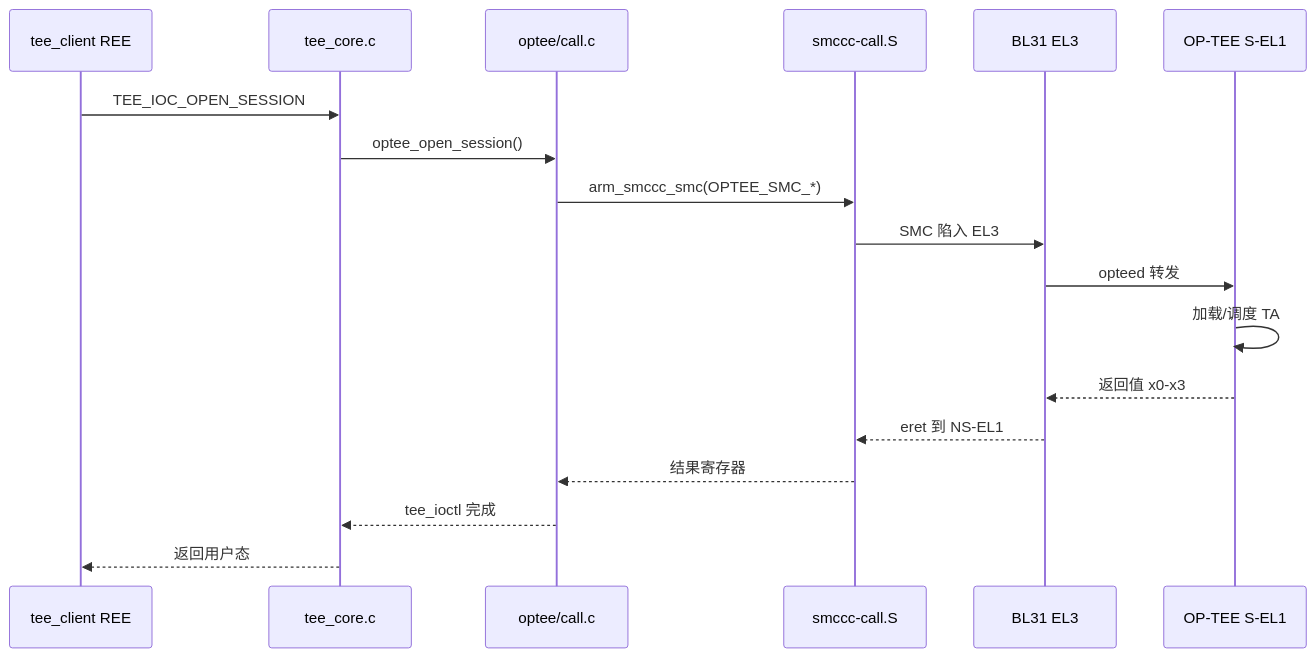
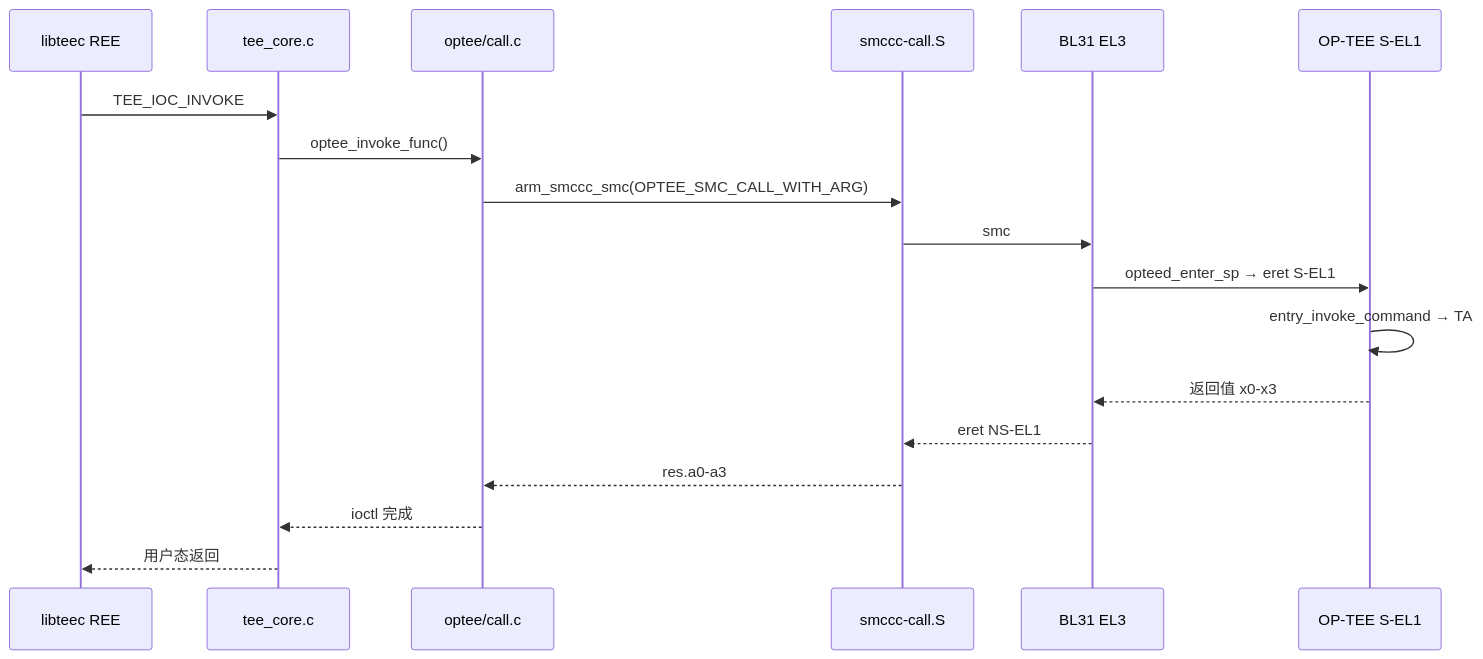
Before and after one commit to yanggan2015/knowledge-json-v2: the third of 3 diagrams in articles/csdn-merged/嵌入式系统-ATF-TEE-REE与ARM异常级别EL安全体系完整篇.md, drawn with Mermaid. The commit also changed other lines of this file and 3 other files, not shown here.

````diff
--- a/articles/csdn-merged/嵌入式系统-ATF-TEE-REE与ARM异常级别EL安全体系完整篇.md
+++ b/articles/csdn-merged/嵌入式系统-ATF-TEE-REE与ARM异常级别EL安全体系完整篇.md
@@ -114,21 +119,21 @@
 ```mermaid
 sequenceDiagram
-    participant CA as tee_client REE
+    participant CA as libteec REE
     participant TC as tee_core.c
     participant OD as optee/call.c
     participant ASM as smccc-call.S
     participant B31 as BL31 EL3
     participant OP as OP-TEE S-EL1
 
-    CA->>TC: TEE_IOC_OPEN_SESSION
-    TC->>OD: optee_open_session()
-    OD->>ASM: arm_smccc_smc(OPTEE_SMC_*)
-    ASM->>B31: SMC 陷入 EL3
-    B31->>OP: opteed 转发
-    OP->>OP: 加载/调度 TA
+    CA->>TC: TEE_IOC_INVOKE
+    TC->>OD: optee_invoke_func()
+    OD->>ASM: arm_smccc_smc(OPTEE_SMC_CALL_WITH_ARG)
+    ASM->>B31: smc #0 陷入 EL3
+    B31->>OP: opteed_enter_sp → eret S-EL1
+    OP->>OP: entry_invoke_command → TA
     OP-->>B31: 返回值 x0-x3
-    B31-->>ASM: eret 到 NS-EL1
-    ASM-->>OD: 结果寄存器
-    OD-->>TC: tee_ioctl 完成
-    TC-->>CA: 返回用户态
+    B31-->>ASM: eret NS-EL1
+    ASM-->>OD: res.a0-a3
+    OD-->>TC: ioctl 完成
+    TC-->>CA: 用户态返回
 ```
````
